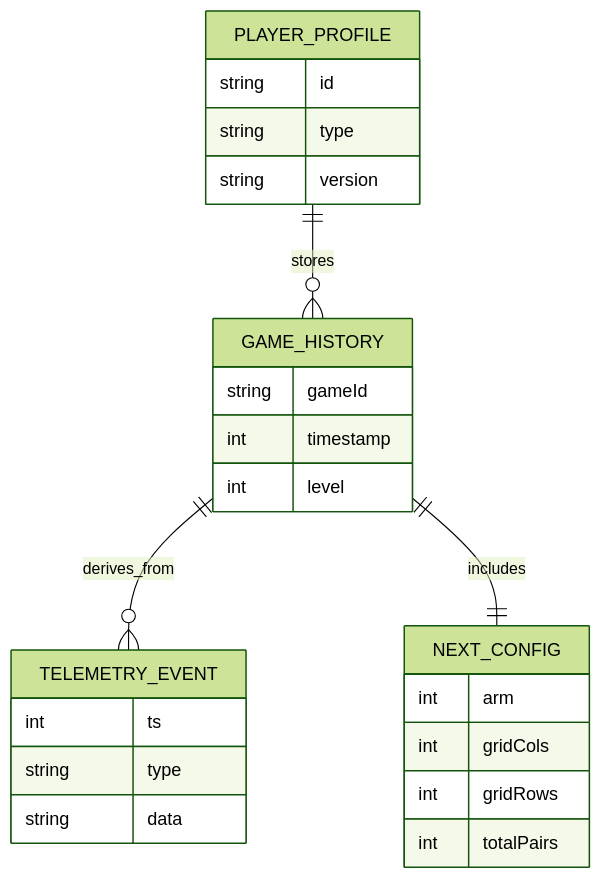
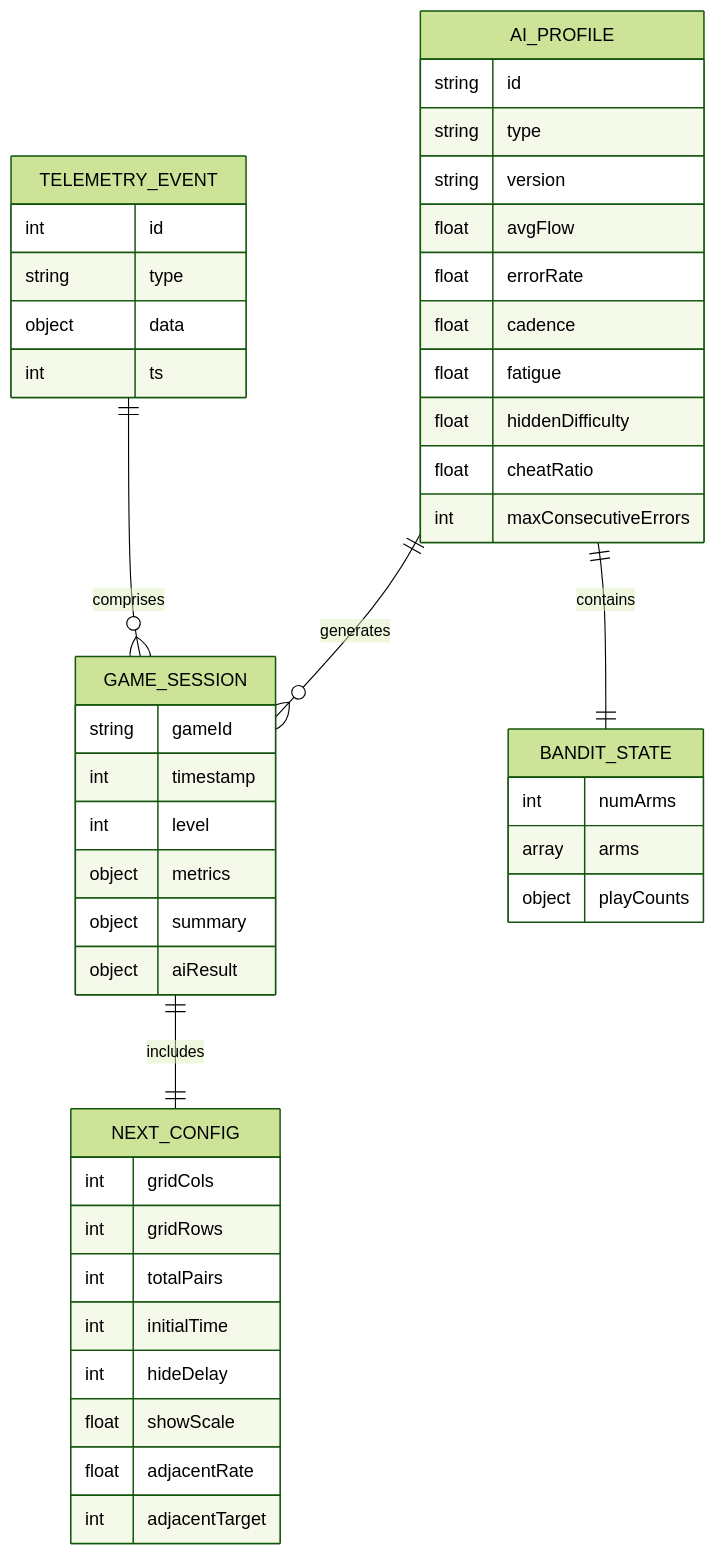
One commit to DDMYmia/Memory-Game-He-Maumahara changed the eighth of 10 diagrams in docs/SYSTEM_DIAGRAMS.md. Above: the diagram before and after it, drawn with Mermaid (forest theme). The commit also changed other lines of this file and 3 other files, not shown here.

````diff
--- a/docs/SYSTEM_DIAGRAMS.md
+++ b/docs/SYSTEM_DIAGRAMS.md
@@ -254,31 +365,53 @@
 ```mermaid
 erDiagram
-    PLAYER_PROFILE {
+    TELEMETRY_EVENT {
+        int id
+        string type
+        object data
+        int ts
+    }
+
+    GAME_SESSION {
+        string gameId
+        int timestamp
+        int level
+        object metrics
+        object summary
+        object aiResult
+    }
+
+    AI_PROFILE {
         string id
         string type
         string version
+        float avgFlow
+        float errorRate
+        float cadence
+        float fatigue
+        float hiddenDifficulty
+        float cheatRatio
+        int maxConsecutiveErrors
     }
 
-    GAME_HISTORY {
-        string gameId
-        int timestamp
-        int level
-    }
-
-    TELEMETRY_EVENT {
-        int ts
-        string type
-        string data
+    BANDIT_STATE {
+        int numArms
+        array arms
+        object playCounts
     }
 
     NEXT_CONFIG {
-        int arm
         int gridCols
         int gridRows
         int totalPairs
+        int initialTime
+        int hideDelay
+        float showScale
+        float adjacentRate
+        int adjacentTarget
     }
 
-    PLAYER_PROFILE ||--o{ GAME_HISTORY : stores
-    GAME_HISTORY ||--o{ TELEMETRY_EVENT : derives_from
-    GAME_HISTORY ||--|| NEXT_CONFIG : includes
+    TELEMETRY_EVENT ||--o{ GAME_SESSION : "comprises"
+    GAME_SESSION ||--|| NEXT_CONFIG : "includes"
+    AI_PROFILE ||--o{ GAME_SESSION : "generates"
+    AI_PROFILE ||--|| BANDIT_STATE : "contains"
 ```
````
